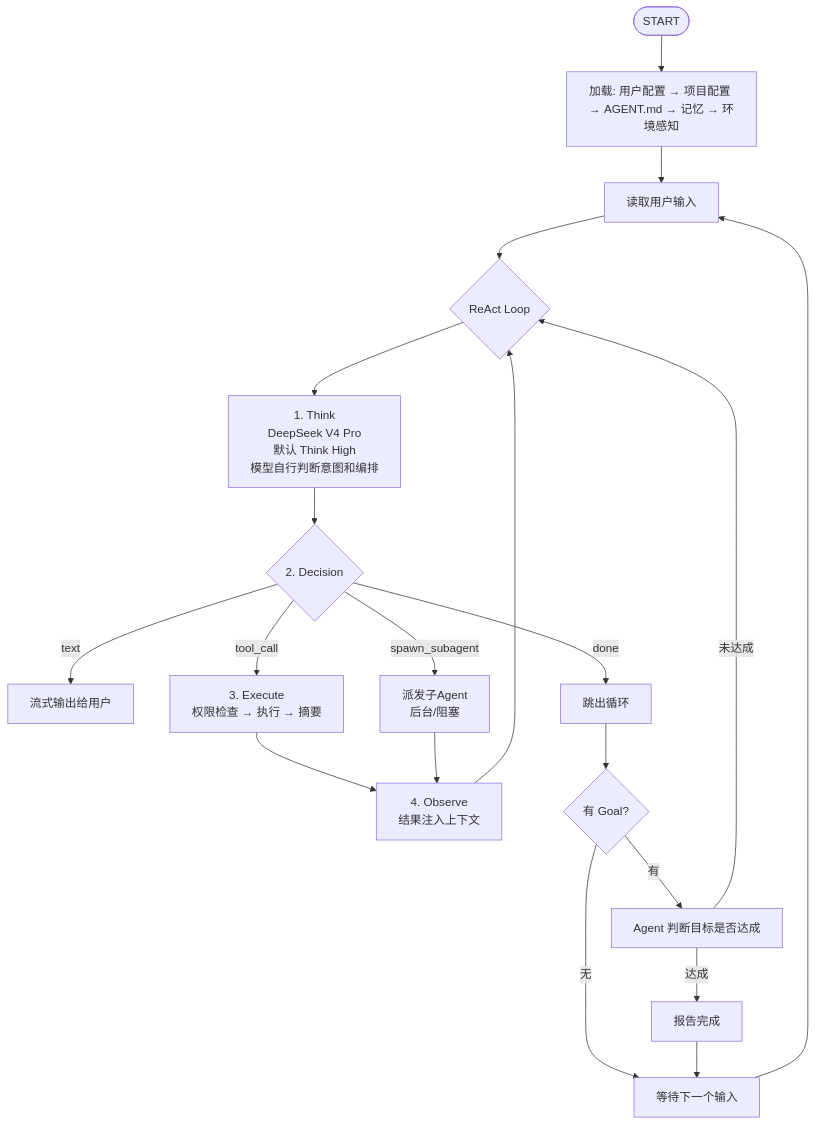
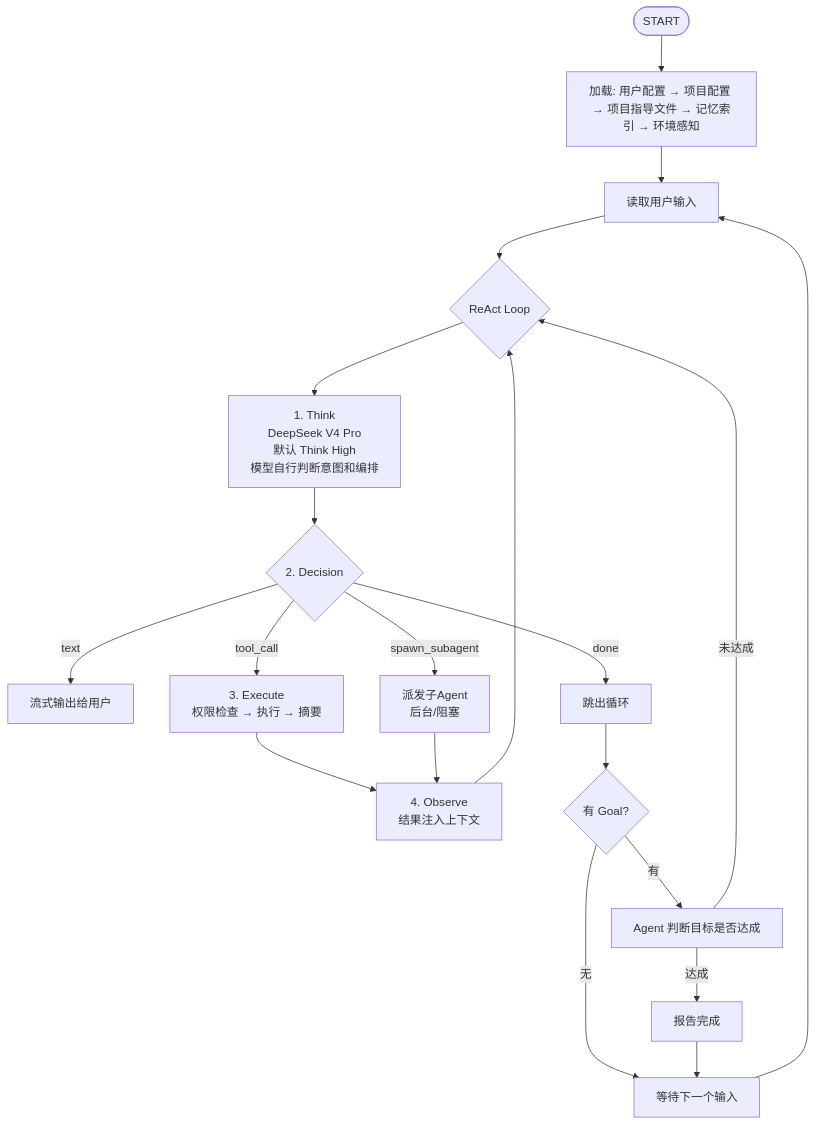
Before and after one commit to Codedcy/MyAgentCLI: the second of 12 diagrams in docs/superpowers/specs/2026-07-02-myagentcli-design.md, drawn with Mermaid. The commit also changed other lines of this file and 9 other files, not shown here.

````diff
--- a/docs/superpowers/specs/2026-07-02-myagentcli-design.md
+++ b/docs/superpowers/specs/2026-07-02-myagentcli-design.md
@@ -129,27 +129,27 @@
 ```mermaid
 flowchart TD
-    START([START]) --> LOAD[加载: 用户配置 → 项目配置 → AGENT.md → 记忆 → 环境感知]
+    START([START]) --> LOAD[加载: 用户配置 → 项目配置 → 项目指导文件 → 记忆索引 → 环境感知]
     LOAD --> INPUT[读取用户输入]
     INPUT --> LOOP{ReAct Loop}
     
     LOOP --> THINK["1. Think<br/>DeepSeek V4 Pro<br/>默认 Think High<br/>模型自行判断意图和编排"]
     THINK --> DECIDE{2. Decision}
     
     DECIDE -->|text| STREAM[流式输出给用户]
     DECIDE -->|tool_call| EXEC[3. Execute<br/>权限检查 → 执行 → 摘要]
     DECIDE -->|spawn_subagent| DISPATCH[派发子Agent<br/>后台/阻塞]
     DECIDE -->|done| BREAK[跳出循环]
     
     EXEC --> OBSERVE[4. Observe<br/>结果注入上下文]
     DISPATCH --> OBSERVE
     OBSERVE --> LOOP
     
     BREAK --> GOAL_CHECK{有 Goal?}
     GOAL_CHECK -->|无| WAIT[等待下一个输入]
     GOAL_CHECK -->|有| JUDGE[Agent 判断目标是否达成]
     JUDGE -->|达成| REPORT[报告完成]
     JUDGE -->|未达成| LOOP
     
     WAIT --> INPUT
     REPORT --> WAIT
 ```
````
